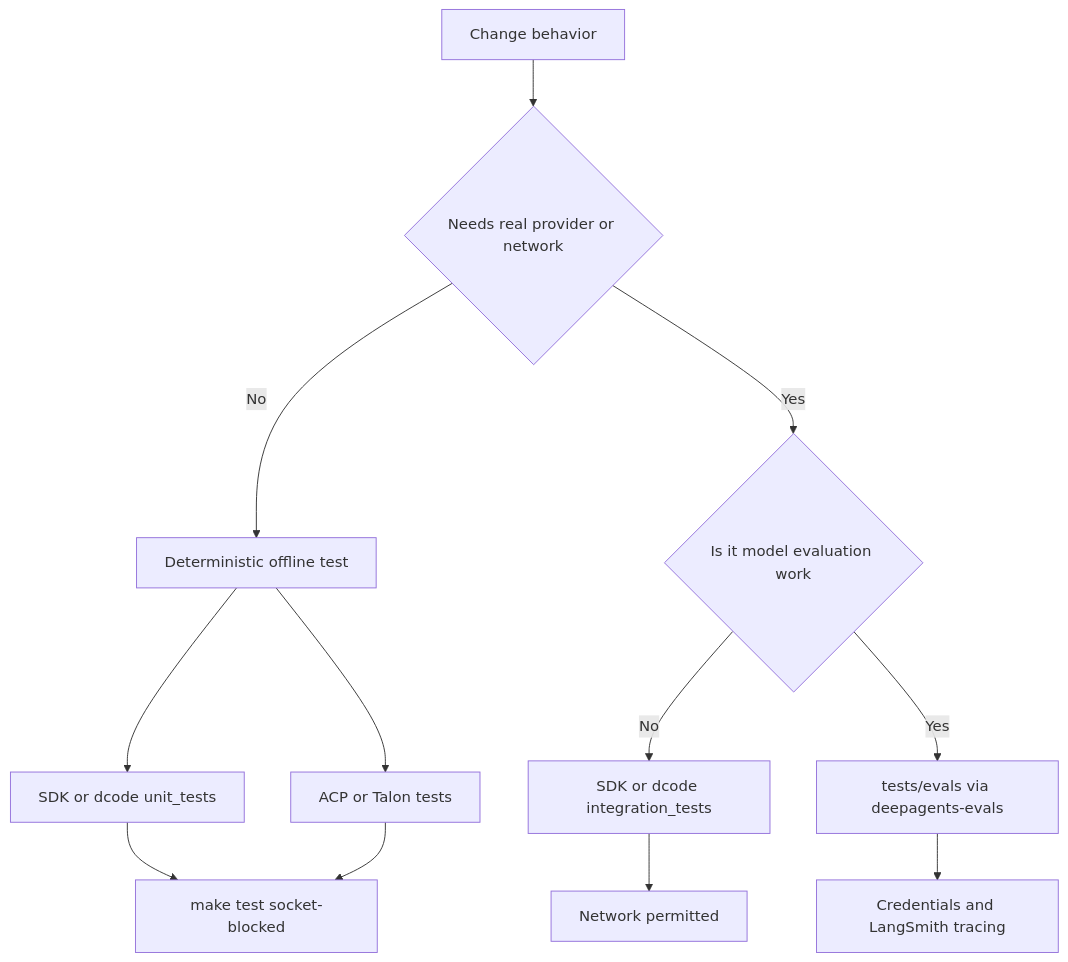
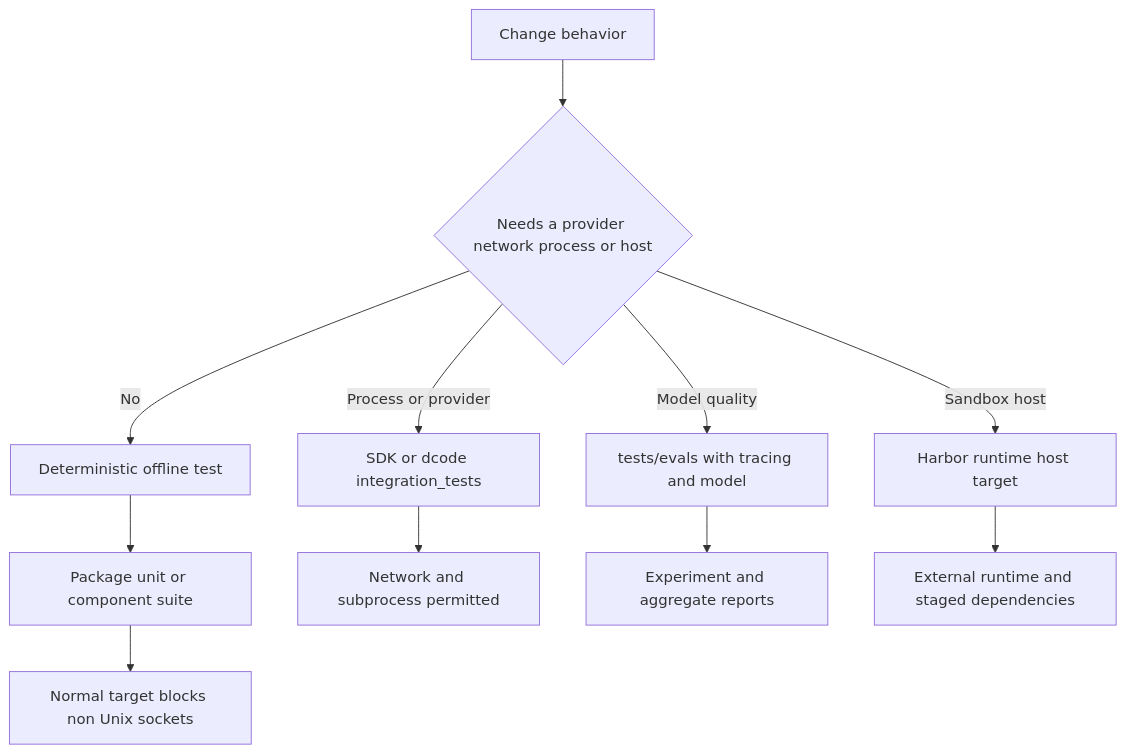
One commit to langchain-ai/deepagents changed the diagram in openwiki/testing/testing-guide.md. Above: the diagram before and after it, drawn with Mermaid. The commit also changed other lines of this file and 63 other files, not shown here.

````diff
--- a/openwiki/testing/testing-guide.md
+++ b/openwiki/testing/testing-guide.md
@@ -65,14 +69,13 @@
 ```mermaid
 flowchart TD
-    Change["Change behavior"] --> Classify{"Needs real provider or network"}
-    Classify -->|"No"| Offline["Deterministic offline test"]
-    Classify -->|"Yes"| EvalCheck{"Is it model evaluation work"}
-    Offline --> Core["SDK or dcode unit_tests"]
-    Offline --> Local["ACP or Talon tests"]
-    Core --> Blocked["make test socket-blocked"]
-    Local --> Blocked
-    EvalCheck -->|"No"| Integration["SDK or dcode integration_tests"]
-    EvalCheck -->|"Yes"| Evals["tests/evals via deepagents-evals"]
-    Integration --> Network["Network permitted"]
-    Evals --> Trace["Credentials and LangSmith tracing"]
+    Change["Change behavior"] --> NeedExternal{"Needs a provider network process or host"}
+    NeedExternal -->|"No"| Offline["Deterministic offline test"]
+    Offline --> Unit["Package unit or component suite"]
+    Unit --> Socket["Normal target blocks non Unix sockets"]
+    NeedExternal -->|"Process or provider"| Integration["SDK or dcode integration_tests"]
+    NeedExternal -->|"Model quality"| Evals["tests/evals with tracing and model"]
+    NeedExternal -->|"Sandbox host"| Harbor["Harbor runtime host target"]
+    Integration --> Live["Network and subprocess permitted"]
+    Evals --> Reports["Experiment and aggregate reports"]
+    Harbor --> Runtime["External runtime and staged dependencies"]
 ```
````
